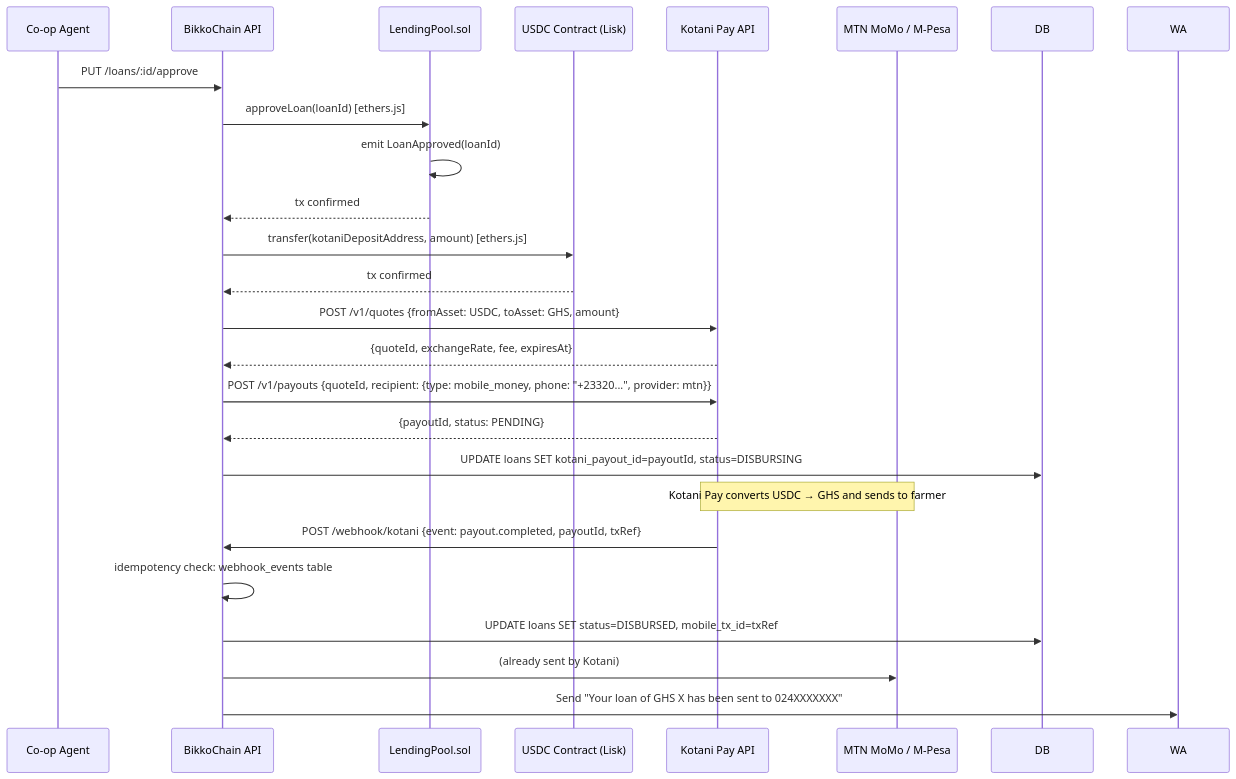
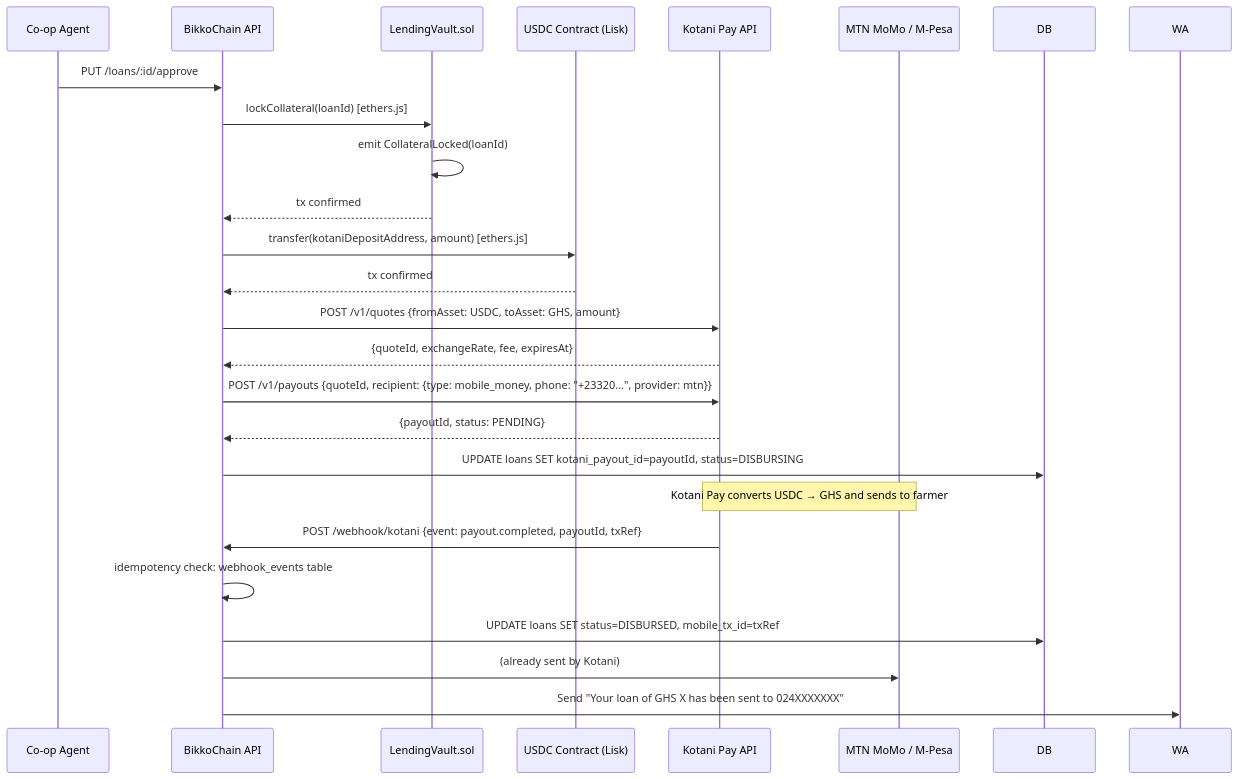
The sixth of 10 diagrams in doc.md (BikkoFarms/bikkofarms-platform), drawn with Mermaid before and after one commit. The commit also changed other lines of this file and 16 other files, not shown here.

````diff
--- a/doc.md
+++ b/doc.md
@@ -444,33 +443,33 @@
 ```mermaid
 sequenceDiagram
     participant AGENT as Co-op Agent
     participant API as BikkoChain API
-    participant LP as LendingPool.sol
+    participant LV as LendingVault.sol
     participant USDC as USDC Contract (Lisk)
     participant KP as Kotani Pay API
     participant MM as MTN MoMo / M-Pesa
 
     AGENT->>API: PUT /loans/:id/approve
-    API->>LP: approveLoan(loanId) [ethers.js]
-    LP->>LP: emit LoanApproved(loanId)
-    LP-->>API: tx confirmed
+    API->>LV: lockCollateral(loanId) [ethers.js]
+    LV->>LV: emit CollateralLocked(loanId)
+    LV-->>API: tx confirmed
 
     API->>USDC: transfer(kotaniDepositAddress, amount) [ethers.js]
     USDC-->>API: tx confirmed
 
     API->>KP: POST /v1/quotes {fromAsset: USDC, toAsset: GHS, amount}
     KP-->>API: {quoteId, exchangeRate, fee, expiresAt}
 
     API->>KP: POST /v1/payouts {quoteId, recipient: {type: mobile_money, phone: "+23320...", provider: mtn}}
     KP-->>API: {payoutId, status: PENDING}
 
     API->>DB: UPDATE loans SET kotani_payout_id=payoutId, status=DISBURSING
 
     Note over KP,MM: Kotani Pay converts USDC → GHS and sends to farmer
 
     KP->>API: POST /webhook/kotani {event: payout.completed, payoutId, txRef}
     API->>API: idempotency check: webhook_events table
     API->>DB: UPDATE loans SET status=DISBURSED, mobile_tx_id=txRef
     API->>MM: (already sent by Kotani)
     API->>WA: Send "Your loan of GHS X has been sent to 024XXXXXXX"
 ```
````
